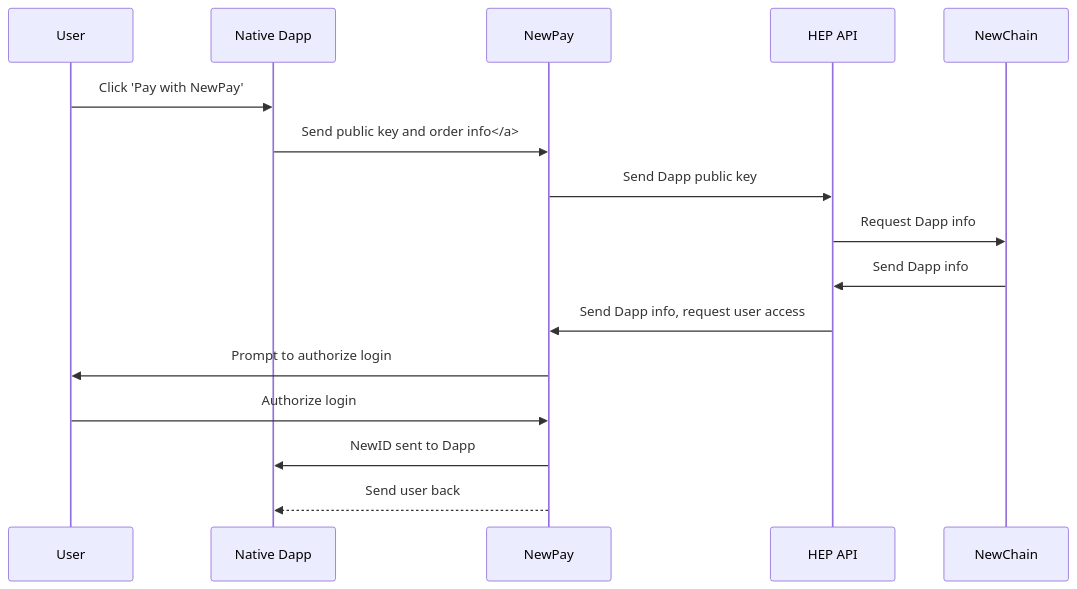
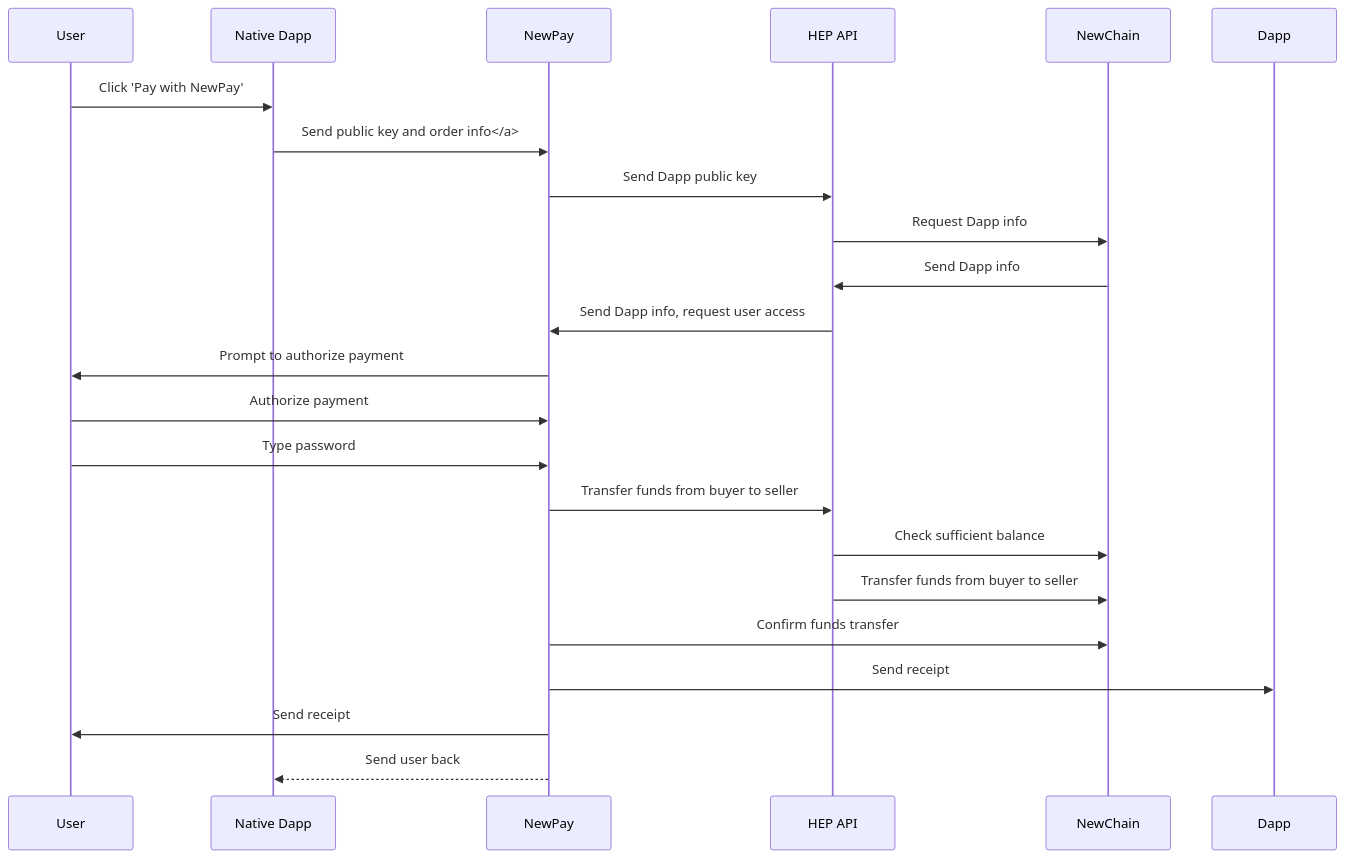
The diagram in payment_process.md (newtonproject/HEP-specification), drawn with Mermaid before and after one commit.

Commit message:
Native payment process

````diff
--- a/payment_process.md
+++ b/payment_process.md
@@ -13,20 +13,26 @@
 ```mermaid
 
 sequenceDiagram;
     participant User;
     participant Native Dapp;
 	participant NewPay;
 	participant HEP API;
 	participant NewChain;
 
     User->>Native Dapp: Click 'Pay with NewPay';
 	Native Dapp->>NewPay: Send public key and order info</a>;
 	NewPay->>HEP API: Send Dapp public key;
 	HEP API->>NewChain: Request Dapp info;
 	NewChain->>HEP API: Send Dapp info;
 	HEP API->>NewPay: Send Dapp info, request user access;
-	NewPay->> User: Prompt to authorize login;
-	User->>NewPay: Authorize login;
-	NewPay->>Native Dapp: NewID sent to Dapp;
+	NewPay->> User: Prompt to authorize payment;
+	User->>NewPay: Authorize payment;
+	User->>NewPay: Type password;
+	NewPay->>HEP API: Transfer funds from buyer to seller
+	HEP API->>NewChain: Check sufficient balance
+	HEP API->>NewChain: Transfer funds from buyer to seller
+	NewPay->>NewChain: Confirm funds transfer
+	NewPay->>Dapp: Send receipt
+	NewPay->>User: Send receipt
 	NewPay-->>Native Dapp: Send user back;
 ```
````
